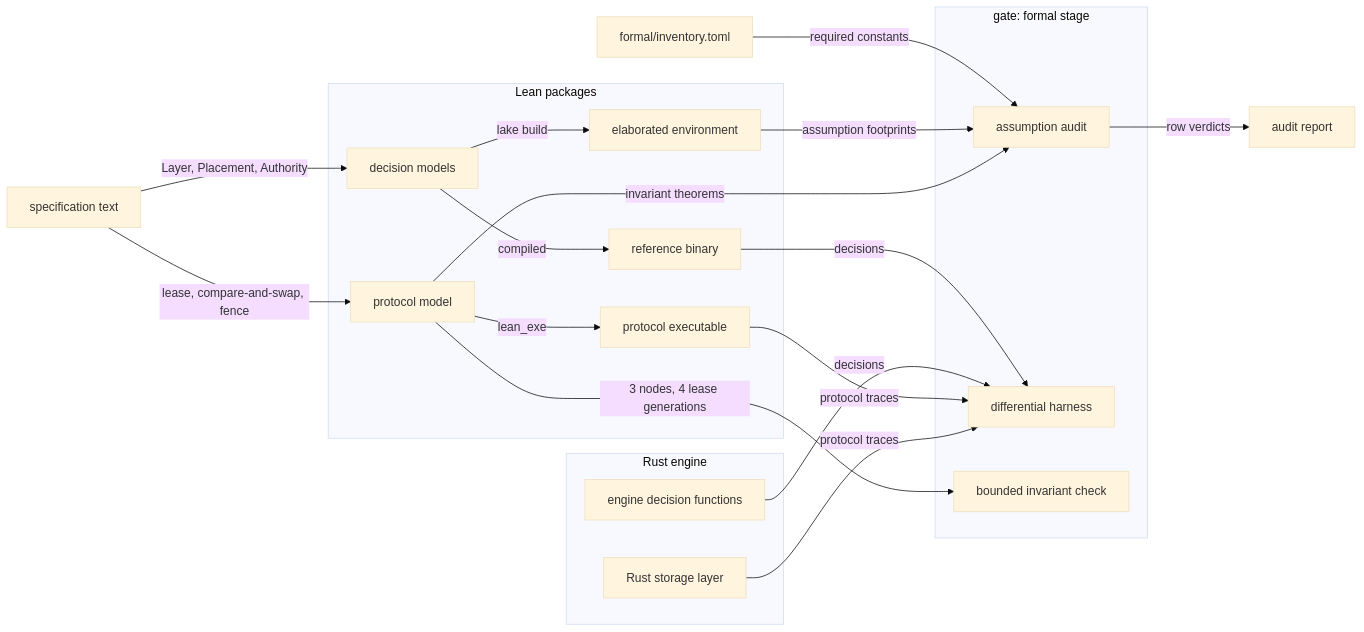
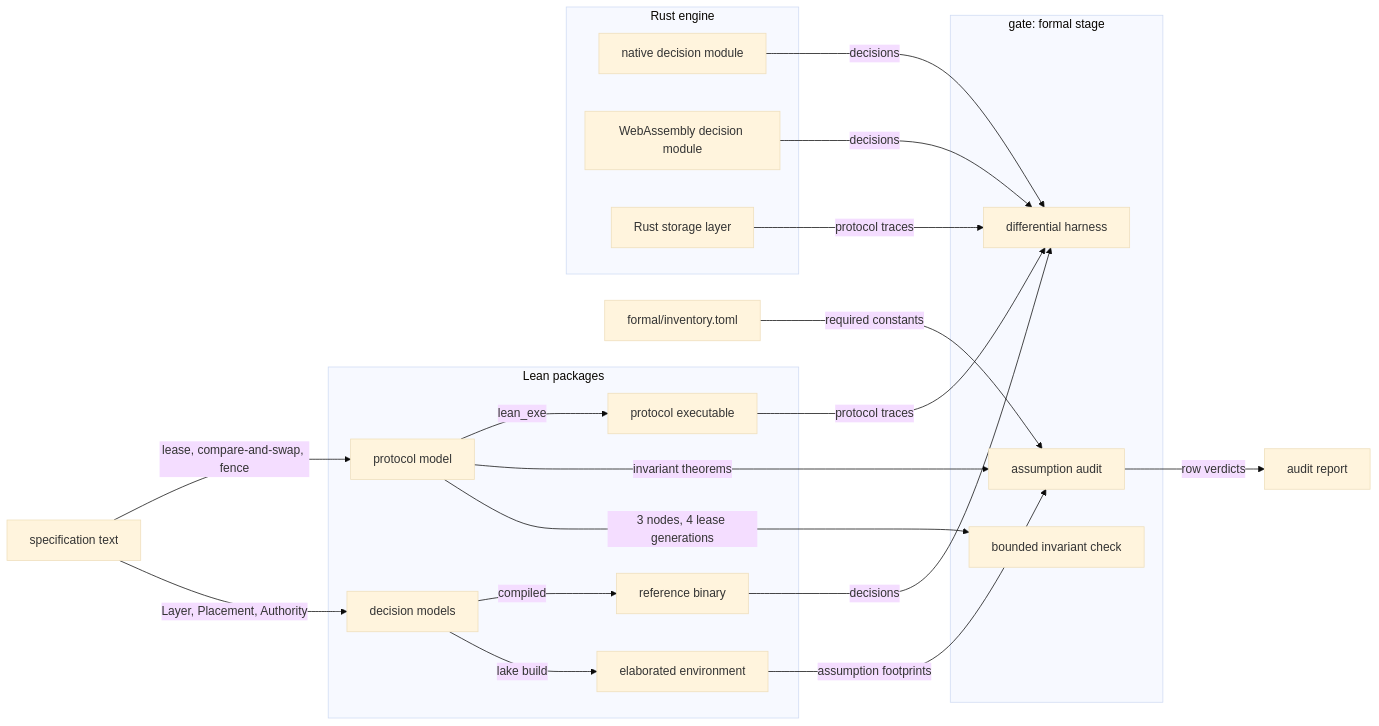
Before and after one commit to fractalboxdev/contextful: the first of 3 diagrams in spec/80-formal.md, drawn with Mermaid (base theme). The commit also changed other lines of this file and 26 other files, not shown here.

First line of the commit message:
assurance: the decision module builds native and to WebAssembly, and the differential harness compares both builds

````diff
--- a/spec/80-formal.md
+++ b/spec/80-formal.md
@@ -22,36 +22,38 @@
 ```mermaid
 flowchart LR
   SPEC["specification text"]
   INV["formal/inventory.toml"]
   subgraph lean["Lean packages"]
     LEAN["decision models"]
     PROT["protocol model"]
     ENV["elaborated environment"]
     REF["reference binary"]
     PEXE["protocol executable"]
   end
   subgraph engine["Rust engine"]
-    ENG["engine decision functions"]
+    ENG["native decision module"]
+    WASMB["WebAssembly decision module"]
     RUST["Rust storage layer"]
   end
   subgraph gate["gate: formal stage"]
     AUD["assumption audit"]
     DIFF["differential harness"]
     MC["bounded invariant check"]
   end
   REPORT["audit report"]
   SPEC -->|"Layer, Placement, Authority"| LEAN
   SPEC -->|"lease, compare-and-swap, fence"| PROT
   LEAN -->|"lake build"| ENV
   INV -->|"required constants"| AUD
   ENV -->|"assumption footprints"| AUD
   AUD -->|"row verdicts"| REPORT
   LEAN -->|"compiled"| REF
   REF -->|"decisions"| DIFF
   ENG -->|"decisions"| DIFF
+  WASMB -->|"decisions"| DIFF
   PROT -->|"3 nodes, 4 lease generations"| MC
   PROT -->|"invariant theorems"| AUD
   PROT -->|"lean_exe"| PEXE
   PEXE -->|"protocol traces"| DIFF
   RUST -->|"protocol traces"| DIFF
 ```
````
